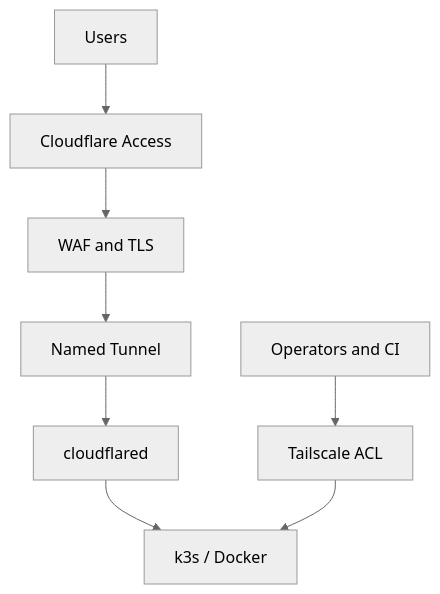
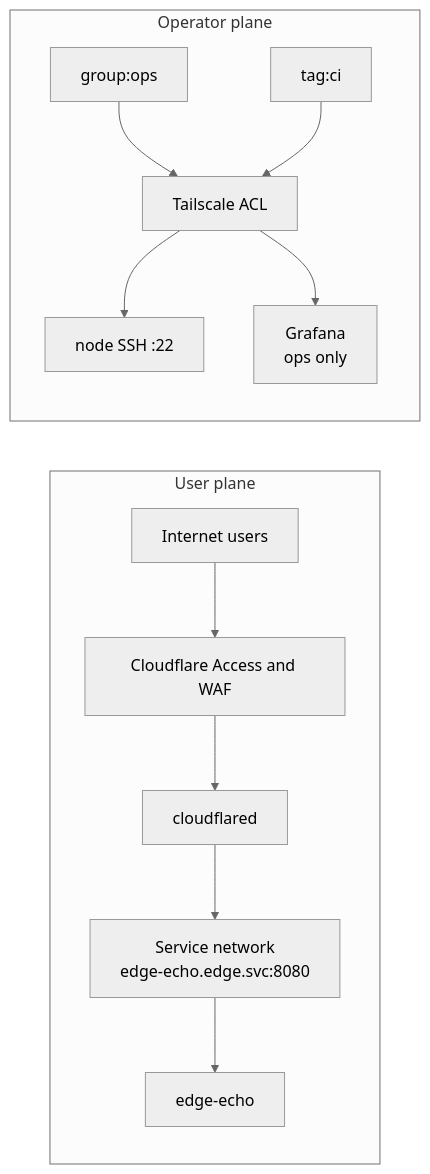
The diagram in README.md (Kikyo987/zero-trust-edge), drawn with Mermaid (neutral theme) before and after one commit. The commit also changed other lines of this file and 38 other files, not shown here.

First line of the commit message:
Make the dual-plane edge checkable and fail closed on a missing image (#2)

````diff
--- a/README.md
+++ b/README.md
@@ -37,11 +36,15 @@
 ```mermaid
-flowchart TB
-  Users[Users] --> Access[Cloudflare Access]
-  Access --> WAF[WAF and TLS]
-  WAF --> Named[Named Tunnel]
-  Named --> CFD[cloudflared]
-  CFD --> App[k3s / Docker]
-
-  Ops[Operators and CI] --> TS[Tailscale ACL]
-  TS --> App
+flowchart LR
+  subgraph userPlane [User plane]
+    U[Internet users] --> CF[Cloudflare Access and WAF]
+    CF --> CFD[cloudflared]
+    CFD --> SVC["Service network<br/>edge-echo.edge.svc:8080"]
+    SVC --> APP[edge-echo]
+  end
+  subgraph opsPlane [Operator plane]
+    OPS[group:ops] --> ACL[Tailscale ACL]
+    CI[tag:ci] --> ACL
+    ACL --> NODE["node SSH :22"]
+    ACL --> MON["Grafana<br/>ops only"]
+  end
 ```
````
